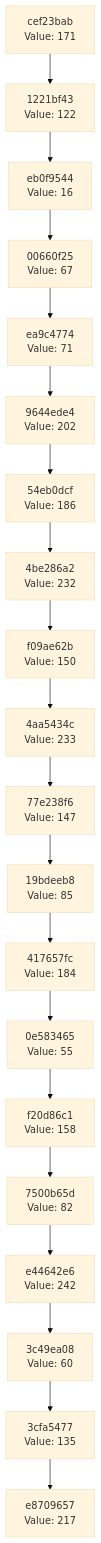
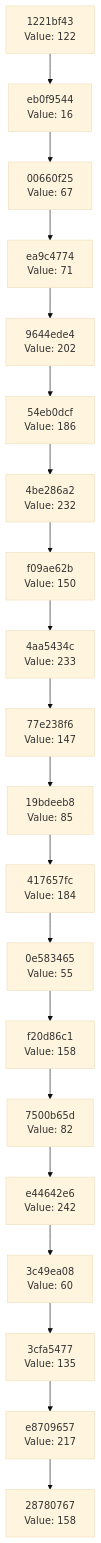
One commit to Abhisheksinha1506/hash-chain-evolver changed the diagram in docs/CHAIN_VISUALIZATION.md. Above: the diagram before and after it, drawn with Mermaid (base theme). The commit also changed 3 other files, not shown here.

````diff
--- a/docs/CHAIN_VISUALIZATION.md
+++ b/docs/CHAIN_VISUALIZATION.md
@@ -3,42 +3,42 @@
 ```mermaid
 graph TD
-    C0["e8709657<br/>Value: 217"]
-    C1["3cfa5477<br/>Value: 135"]
+    C0["28780767<br/>Value: 158"]
+    C1["e8709657<br/>Value: 217"]
     C1 --> C0
-    C2["3c49ea08<br/>Value: 60"]
+    C2["3cfa5477<br/>Value: 135"]
     C2 --> C1
-    C3["e44642e6<br/>Value: 242"]
+    C3["3c49ea08<br/>Value: 60"]
     C3 --> C2
-    C4["7500b65d<br/>Value: 82"]
+    C4["e44642e6<br/>Value: 242"]
     C4 --> C3
-    C5["f20d86c1<br/>Value: 158"]
+    C5["7500b65d<br/>Value: 82"]
     C5 --> C4
-    C6["0e583465<br/>Value: 55"]
+    C6["f20d86c1<br/>Value: 158"]
     C6 --> C5
-    C7["417657fc<br/>Value: 184"]
+    C7["0e583465<br/>Value: 55"]
     C7 --> C6
-    C8["19bdeeb8<br/>Value: 85"]
+    C8["417657fc<br/>Value: 184"]
     C8 --> C7
-    C9["77e238f6<br/>Value: 147"]
+    C9["19bdeeb8<br/>Value: 85"]
     C9 --> C8
-    C10["4aa5434c<br/>Value: 233"]
+    C10["77e238f6<br/>Value: 147"]
     C10 --> C9
-    C11["f09ae62b<br/>Value: 150"]
+    C11["4aa5434c<br/>Value: 233"]
     C11 --> C10
-    C12["4be286a2<br/>Value: 232"]
+    C12["f09ae62b<br/>Value: 150"]
     C12 --> C11
-    C13["54eb0dcf<br/>Value: 186"]
+    C13["4be286a2<br/>Value: 232"]
     C13 --> C12
-    C14["9644ede4<br/>Value: 202"]
+    C14["54eb0dcf<br/>Value: 186"]
     C14 --> C13
-    C15["ea9c4774<br/>Value: 71"]
+    C15["9644ede4<br/>Value: 202"]
     C15 --> C14
-    C16["00660f25<br/>Value: 67"]
+    C16["ea9c4774<br/>Value: 71"]
     C16 --> C15
-    C17["eb0f9544<br/>Value: 16"]
+    C17["00660f25<br/>Value: 67"]
     C17 --> C16
-    C18["1221bf43<br/>Value: 122"]
+    C18["eb0f9544<br/>Value: 16"]
     C18 --> C17
-    C19["cef23bab<br/>Value: 171"]
+    C19["1221bf43<br/>Value: 122"]
     C19 --> C18
 ```
````
